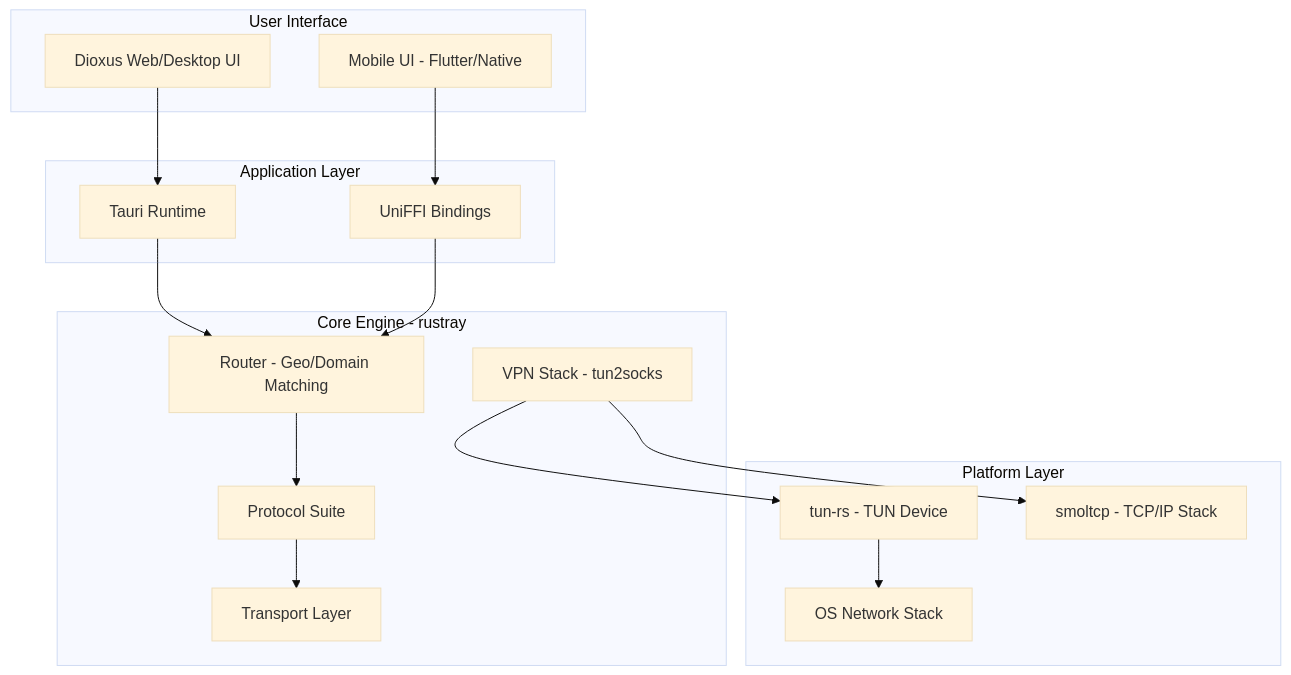
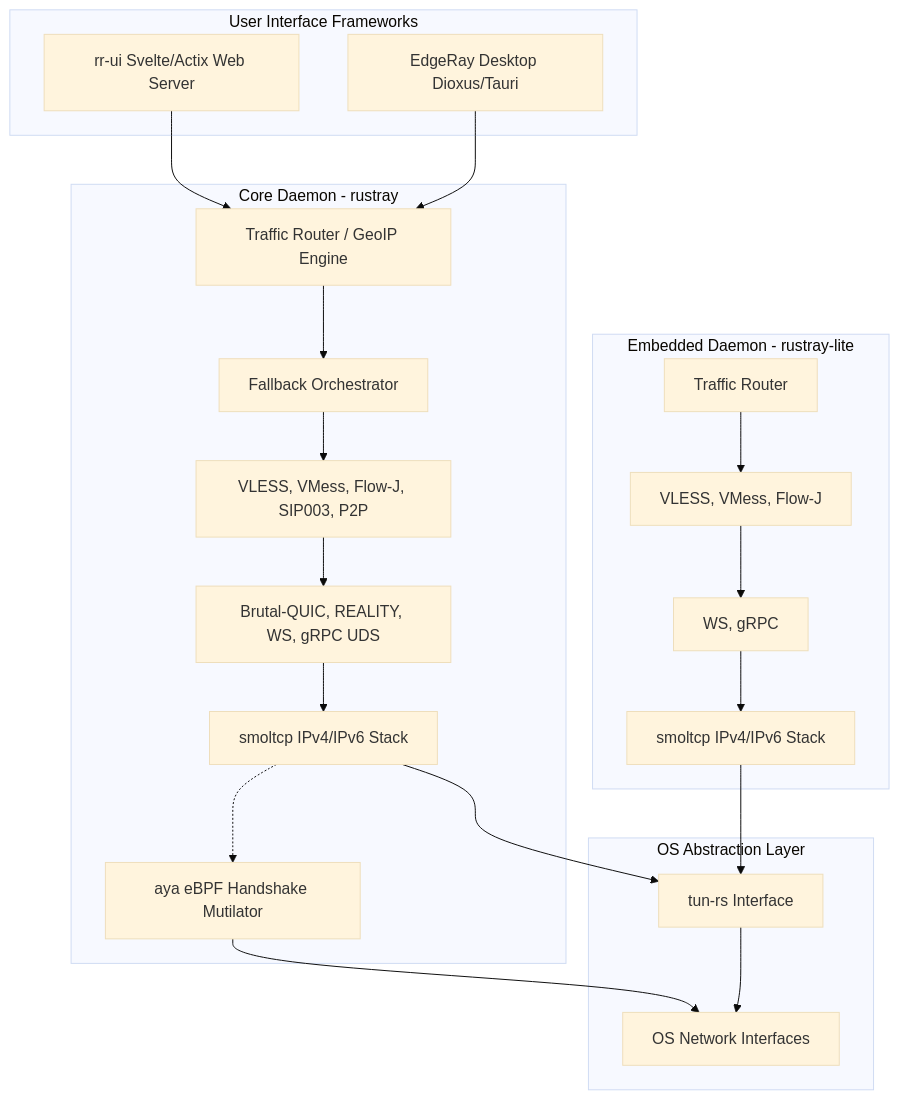
Before and after one commit to j-rad/edgeray: the first of 2 diagrams in ARCHITECTURE.md, drawn with Mermaid (base theme). The commit also changed other lines of this file and 52 other files, not shown here.

````diff
--- a/ARCHITECTURE.md
+++ b/ARCHITECTURE.md
@@ -11,35 +13,43 @@
 ```mermaid
 graph TD
-    subgraph "User Interface"
-        WEB[Dioxus Web/Desktop UI]
-        MOBILE[Mobile UI - Flutter/Native]
+    subgraph "User Interface Frameworks"
+        WEB[rr-ui Svelte/Actix Web Server]
+        GUI[EdgeRay Desktop Dioxus/Tauri]
     end
-    
-    subgraph "Application Layer"
-        TAURI[Tauri Runtime]
-        UNIFFI[UniFFI Bindings]
+
+    subgraph "Core Daemon - rustray"
+        ROUTER[Traffic Router / GeoIP Engine]
+        ORCHESTRATE[Fallback Orchestrator]
+        PROTOCOLS[VLESS, VMess, Flow-J, SIP003, P2P]
+        TRANSPORT[Brutal-QUIC, REALITY, WS, gRPC UDS]
+        VPN[smoltcp IPv4/IPv6 Stack]
+        EBPF[aya eBPF Handshake Mutilator]
     end
-    
-    subgraph "Core Engine - rustray"
-        ROUTER[Router - Geo/Domain Matching]
-        PROTOCOLS[Protocol Suite]
-        TRANSPORT[Transport Layer]
-        VPN[VPN Stack - tun2socks]
+
+    subgraph "Embedded Daemon - rustray-lite"
+        ROUTER_LITE[Traffic Router]
+        PROTOCOLS_LITE[VLESS, VMess, Flow-J]
+        TRANSPORT_LITE[WS, gRPC]
+        VPN_LITE[smoltcp IPv4/IPv6 Stack]
     end
-    
-    subgraph "Platform Layer"
-        TUN[tun-rs - TUN Device]
-        SMOLTCP[smoltcp - TCP/IP Stack]
-        OS[OS Network Stack]
+
+    subgraph "OS Abstraction Layer"
+        TUN[tun-rs Interface]
+        KERNEL[OS Network Interfaces]
     end
-    
-    WEB --> TAURI
-    MOBILE --> UNIFFI
-    TAURI --> ROUTER
-    UNIFFI --> ROUTER
-    ROUTER --> PROTOCOLS
+
+    WEB --> ROUTER
+    GUI --> ROUTER
+    ROUTER --> ORCHESTRATE
+    ORCHESTRATE --> PROTOCOLS
     PROTOCOLS --> TRANSPORT
+    TRANSPORT --> VPN
+    VPN -.-> EBPF
     VPN --> TUN
-    TUN --> OS
-    VPN --> SMOLTCP
+    EBPF --> KERNEL
+    TUN --> KERNEL
+    ROUTER_LITE --> PROTOCOLS_LITE
+    PROTOCOLS_LITE --> TRANSPORT_LITE
+    TRANSPORT_LITE --> VPN_LITE
+    VPN_LITE --> TUN
 ```
````
